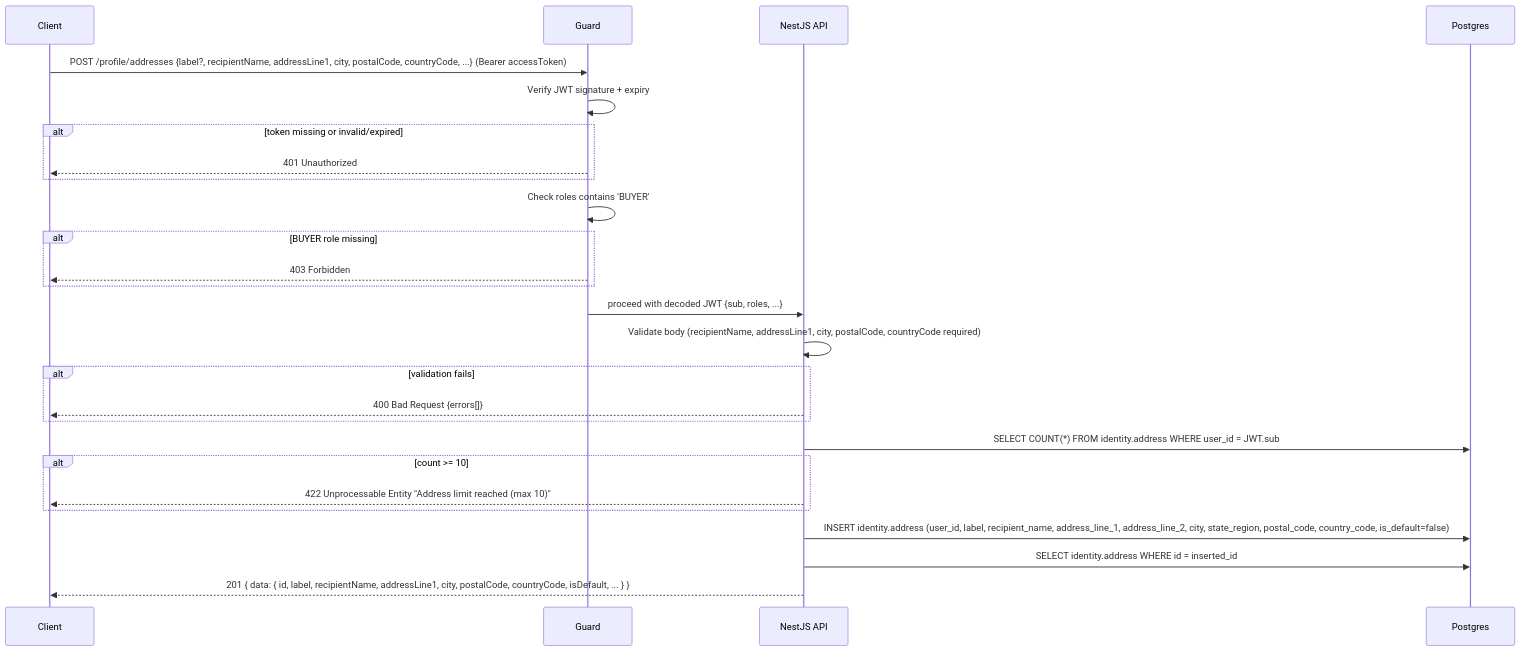
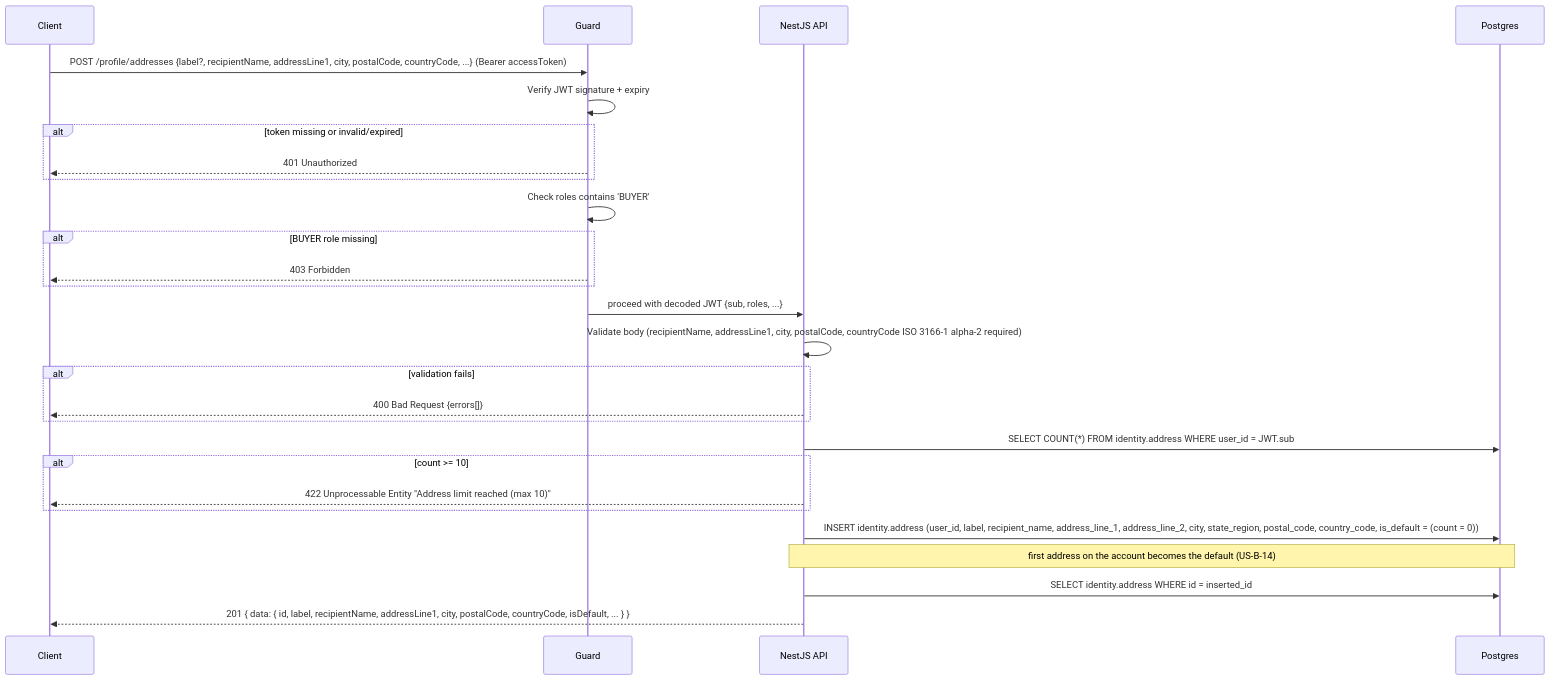
The fifth of 8 diagrams in phase-1/technical-design/api-design/profile.md (alisa-uthi/aliceut-ecom-document), drawn with Mermaid before and after one commit. The commit also changed other lines of this file and 73 other files, not shown here.

````diff
--- a/phase-1/technical-design/api-design/profile.md
+++ b/phase-1/technical-design/api-design/profile.md
@@ -285,33 +303,34 @@
 ```mermaid
 sequenceDiagram
     participant C as Client
     participant G as Guard
     participant A as NestJS API
     participant PG as Postgres
 
     C->>G: POST /profile/addresses {label?, recipientName, addressLine1, city, postalCode, countryCode, ...} (Bearer accessToken)
     G->>G: Verify JWT signature + expiry
     alt token missing or invalid/expired
         G-->>C: 401 Unauthorized
     end
     G->>G: Check roles contains 'BUYER'
     alt BUYER role missing
         G-->>C: 403 Forbidden
     end
     G->>A: proceed with decoded JWT {sub, roles, ...}
 
-    A->>A: Validate body (recipientName, addressLine1, city, postalCode, countryCode required)
+    A->>A: Validate body (recipientName, addressLine1, city, postalCode, countryCode ISO 3166-1 alpha-2 required)
     alt validation fails
         A-->>C: 400 Bad Request {errors[]}
     end
 
     A->>PG: SELECT COUNT(*) FROM identity.address WHERE user_id = JWT.sub
     alt count >= 10
         A-->>C: 422 Unprocessable Entity "Address limit reached (max 10)"
     end
 
-    A->>PG: INSERT identity.address (user_id, label, recipient_name, address_line_1, address_line_2, city, state_region, postal_code, country_code, is_default=false)
+    A->>PG: INSERT identity.address (user_id, label, recipient_name, address_line_1, address_line_2, city, state_region, postal_code, country_code, is_default = (count = 0))
+    Note over A,PG: first address on the account becomes the default (US-B-14)
 
     A->>PG: SELECT identity.address WHERE id = inserted_id
     A-->>C: 201 { data: { id, label, recipientName, addressLine1, city, postalCode, countryCode, isDefault, ... } }
 ```
````
